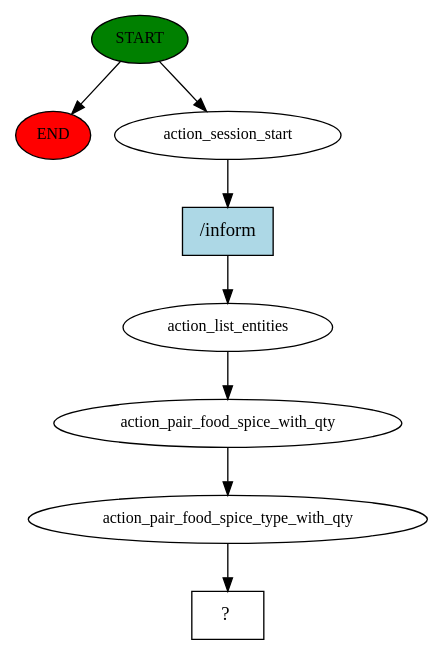
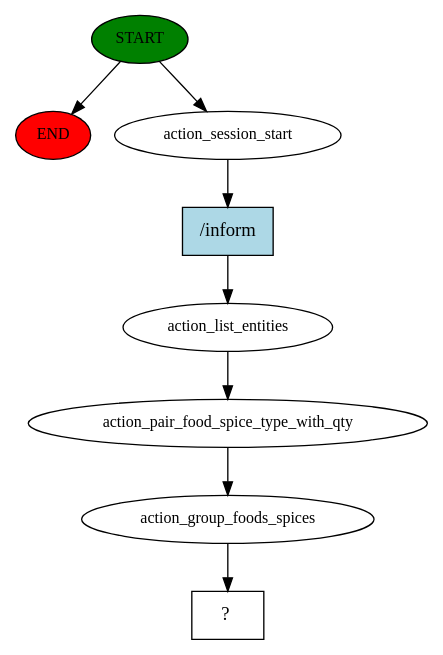
The diagram in food_bot/story_graph.dot (aroramayank2002/chatbot-book), drawn with Graphviz before and after one commit. The commit also changed 4 other files, not shown here.

Commit message:
group food and spices

```diff
--- a/food_bot/story_graph.dot
+++ b/food_bot/story_graph.dot
@@ -1,17 +1,17 @@
 digraph  {
 0 [class="start active", fillcolor=green, fontsize=12, label=START, style=filled];
 "-1" [class=end, fillcolor=red, fontsize=12, label=END, style=filled];
 1 [class=active, fontsize=12, label=action_session_start];
 2 [class=active, fontsize=12, label=action_list_entities];
-3 [class=active, fontsize=12, label=action_pair_food_spice_with_qty];
-4 [class=active, fontsize=12, label=action_pair_food_spice_type_with_qty];
+3 [class=active, fontsize=12, label=action_pair_food_spice_type_with_qty];
+4 [class=active, fontsize=12, label=action_group_foods_spices];
 5 [class="intent dashed active", label="  ?  ", shape=rect];
 6 [class="intent active", fillcolor=lightblue, label="/inform", shape=rect, style=filled];
 0 -> "-1"  [class="", key=NONE, label=""];
 0 -> 1  [class=active, key=NONE, label=""];
 1 -> 6  [class=active, key=0];
 2 -> 3  [class=active, key=NONE, label=""];
 3 -> 4  [class=active, key=NONE, label=""];
 4 -> 5  [class=active, key=NONE, label=""];
 6 -> 2  [class=active, key=0];
 }
```
